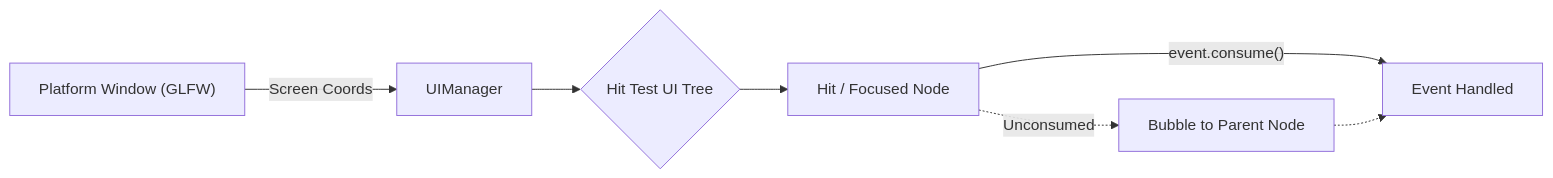
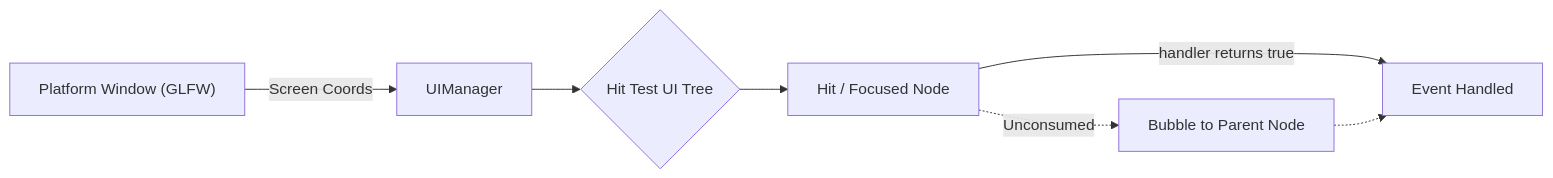
One commit to swdhahn/bird-engine changed the second of 2 diagrams in docs/architecture/ui_framework.md. Above: the diagram before and after it, drawn with Mermaid. The commit also changed other lines of this file and 2 other files, not shown here.

````diff
--- a/docs/architecture/ui_framework.md
+++ b/docs/architecture/ui_framework.md
@@ -68,9 +76,9 @@
 ```mermaid
 flowchart LR
     GLFW["Platform Window (GLFW)"] -->|"Screen Coords"| UIMgr["UIManager"]
     UIMgr --> HitTest{"Hit Test UI Tree"}
     HitTest --> FocusedNode["Hit / Focused Node"]
-    FocusedNode -->|"event.consume()"| Handled["Event Handled"]
+    FocusedNode -->|"handler returns true"| Handled["Event Handled"]
     FocusedNode -.->|"Unconsumed"| Bubble["Bubble to Parent Node"]
     Bubble -.-> Handled
 ```
````
